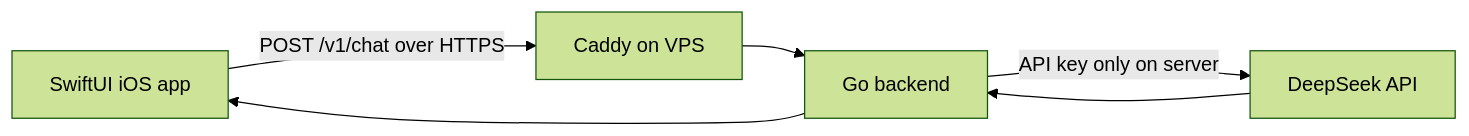
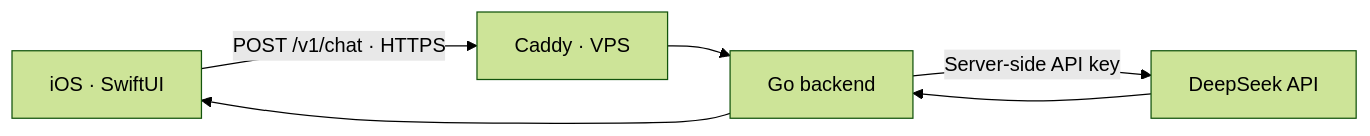
Before and after one commit to eugeneappledev-source/AI-Challenge: the diagram in README.md, drawn with Mermaid (forest theme). The commit also changed other lines of this file, not shown here.

````diff
--- a/README.md
+++ b/README.md
@@ -9,8 +26,7 @@
 ```mermaid
 flowchart LR
-    IOS["SwiftUI iOS app"] -->|"POST /v1/chat over HTTPS"| Caddy["Caddy on VPS"]
+    App["iOS · SwiftUI"] -->|"POST /v1/chat · HTTPS"| Caddy["Caddy · VPS"]
     Caddy --> API["Go backend"]
-    API -->|"API key only on server"| DeepSeek["DeepSeek API"]
-    DeepSeek --> API
-    API --> IOS
+    API -->|"Server-side API key"| LLM["DeepSeek API"]
+    LLM --> API --> App
 ```
````
